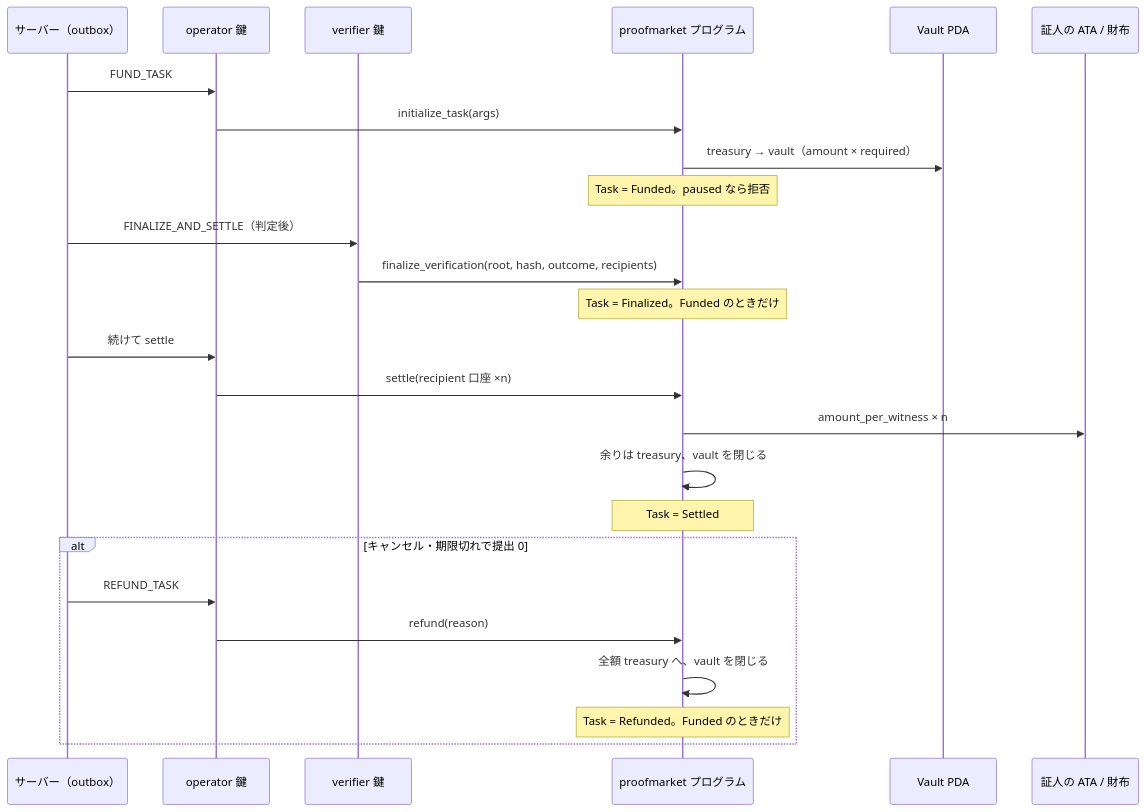
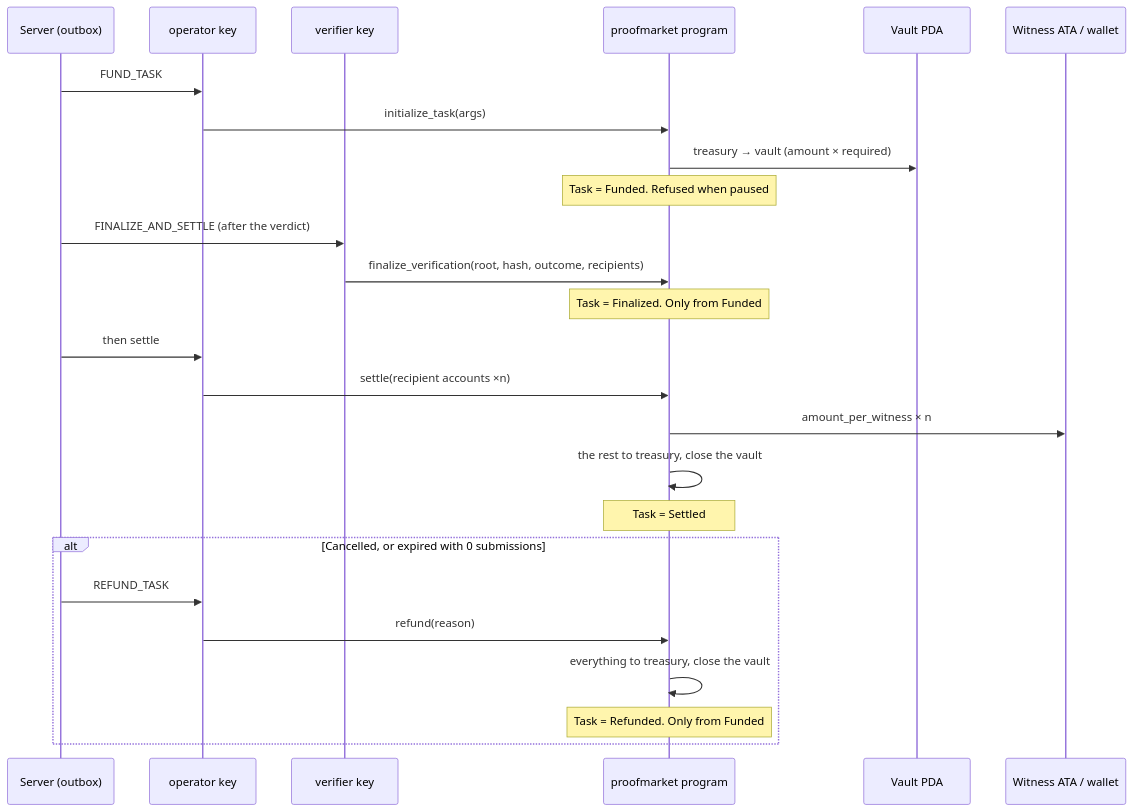
Before and after one commit to shoripanda/proofmarket: the diagram in docs/architecture/05-escrow-design.md, drawn with Mermaid. The commit also changed other lines of this file and 17 other files, not shown here.

First line of the commit message:
docs: translate the top-level files and docs/architecture into English

````diff
--- a/docs/architecture/05-escrow-design.md
+++ b/docs/architecture/05-escrow-design.md
@@ -15,28 +15,28 @@
 ```mermaid
 sequenceDiagram
-  participant S as サーバー（outbox）
-  participant OP as operator 鍵
-  participant VF as verifier 鍵
-  participant P as proofmarket プログラム
+  participant S as Server (outbox)
+  participant OP as operator key
+  participant VF as verifier key
+  participant P as proofmarket program
   participant V as Vault PDA
-  participant W as 証人の ATA / 財布
+  participant W as Witness ATA / wallet
 
   S->>OP: FUND_TASK
   OP->>P: initialize_task(args)
-  P->>V: treasury → vault（amount × required）
-  Note over P: Task = Funded。paused なら拒否
-  S->>VF: FINALIZE_AND_SETTLE（判定後）
+  P->>V: treasury → vault (amount × required)
+  Note over P: Task = Funded. Refused when paused
+  S->>VF: FINALIZE_AND_SETTLE (after the verdict)
   VF->>P: finalize_verification(root, hash, outcome, recipients)
-  Note over P: Task = Finalized。Funded のときだけ
-  S->>OP: 続けて settle
-  OP->>P: settle(recipient 口座 ×n)
+  Note over P: Task = Finalized. Only from Funded
+  S->>OP: then settle
+  OP->>P: settle(recipient accounts ×n)
   P->>W: amount_per_witness × n
-  P->>P: 余りは treasury、vault を閉じる
+  P->>P: the rest to treasury, close the vault
   Note over P: Task = Settled
-  alt キャンセル・期限切れで提出 0
+  alt Cancelled, or expired with 0 submissions
     S->>OP: REFUND_TASK
     OP->>P: refund(reason)
-    P->>P: 全額 treasury へ、vault を閉じる
-    Note over P: Task = Refunded。Funded のときだけ
+    P->>P: everything to treasury, close the vault
+    Note over P: Task = Refunded. Only from Funded
   end
 ```
````
